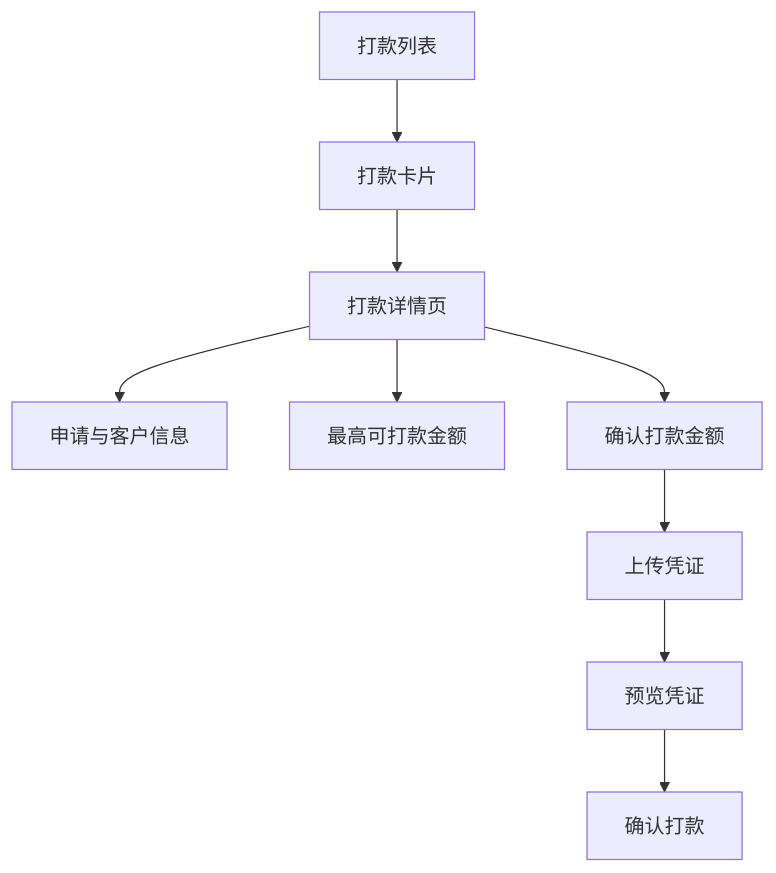
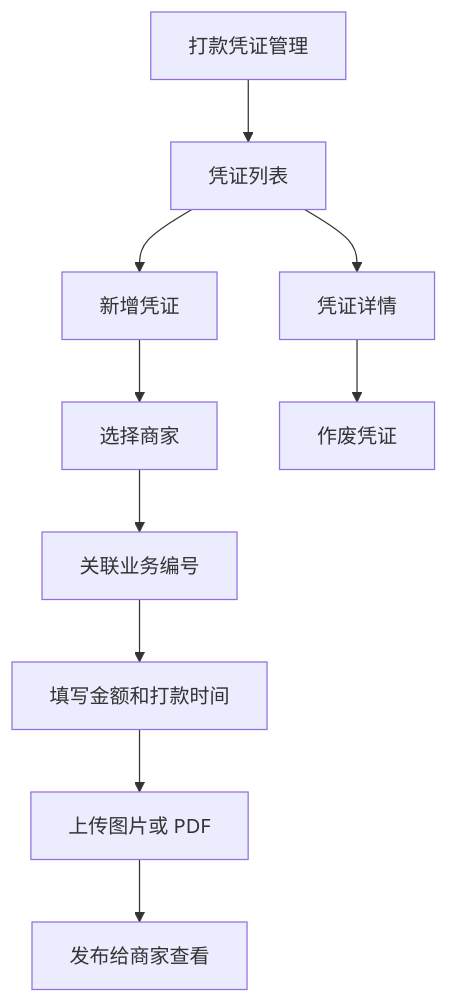
One commit to CharlesLieu/p2boyuan-v01 changed the third of 4 diagrams in docs/superpowers/specs/2026-06-08-h5-business-ux-redesign-design.md. Above: the diagram before and after it, drawn with Mermaid. The commit also changed other lines of this file and 1 other file, not shown here.

````diff
--- a/docs/superpowers/specs/2026-06-08-h5-business-ux-redesign-design.md
+++ b/docs/superpowers/specs/2026-06-08-h5-business-ux-redesign-design.md
@@ -107,11 +126,12 @@
 ```mermaid
 flowchart TD
-  A["打款列表"] --> B["打款卡片"]
-  B --> C["打款详情页"]
-  C --> D["申请与客户信息"]
-  C --> E["最高可打款金额"]
-  C --> F["确认打款金额"]
-  F --> G["上传凭证"]
-  G --> H["预览凭证"]
-  H --> I["确认打款"]
+  A["打款凭证管理"] --> B["凭证列表"]
+  B --> C["新增凭证"]
+  C --> D["选择商家"]
+  D --> E["关联业务编号"]
+  E --> F["填写金额和打款时间"]
+  F --> G["上传图片或 PDF"]
+  G --> H["发布给商家查看"]
+  B --> I["凭证详情"]
+  I --> J["作废凭证"]
 ```
````
